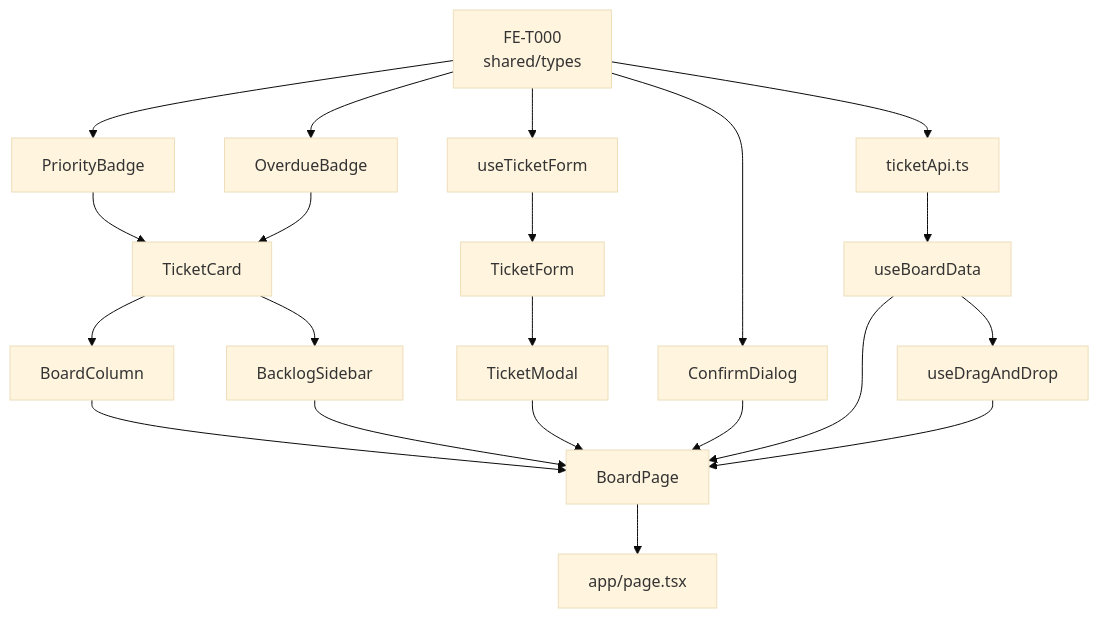
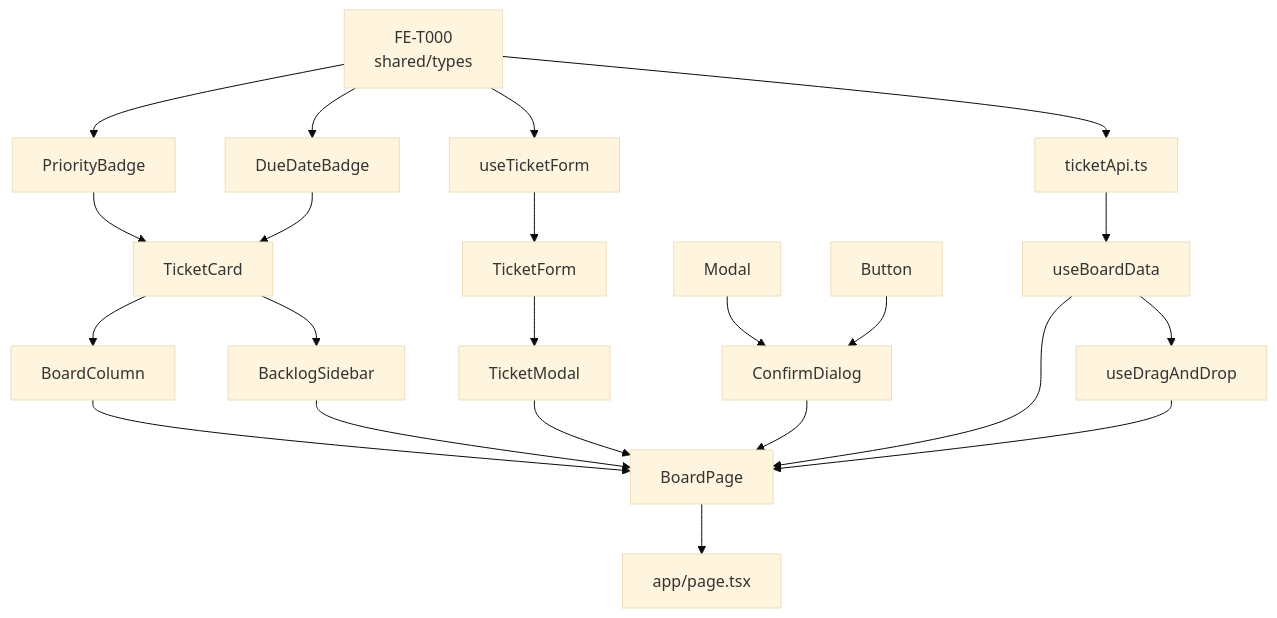
One commit to sumin-hwang/ClaudeCodeMaster_Tika changed the diagram in Tika/docs/FRONTEND_TASKS.md. Above: the diagram before and after it, drawn with Mermaid (base theme). The commit also changed other lines of this file and 12 other files, not shown here.

````diff
--- a/Tika/docs/FRONTEND_TASKS.md
+++ b/Tika/docs/FRONTEND_TASKS.md
@@ -24,29 +24,31 @@
 ```mermaid
 graph TD
   types["FE-T000<br/>shared/types"] --> api["ticketApi.ts"]
   types --> PriorityBadge
-  types --> OverdueBadge
-  types --> ConfirmDialog
+  types --> DueDateBadge
   types --> useTicketForm
+
+  Modal --> ConfirmDialog
+  Button --> ConfirmDialog
 
   api --> useBoardData
   useBoardData --> useDragAndDrop
 
   PriorityBadge --> TicketCard
-  OverdueBadge --> TicketCard
+  DueDateBadge --> TicketCard
 
   TicketCard --> BoardColumn
   TicketCard --> BacklogSidebar
 
   useTicketForm --> TicketForm
   TicketForm --> TicketModal
 
   BoardColumn --> BoardPage
   BacklogSidebar --> BoardPage
   TicketModal --> BoardPage
   ConfirmDialog --> BoardPage
   useBoardData --> BoardPage
   useDragAndDrop --> BoardPage
 
   BoardPage --> page["app/page.tsx"]
 ```
````
